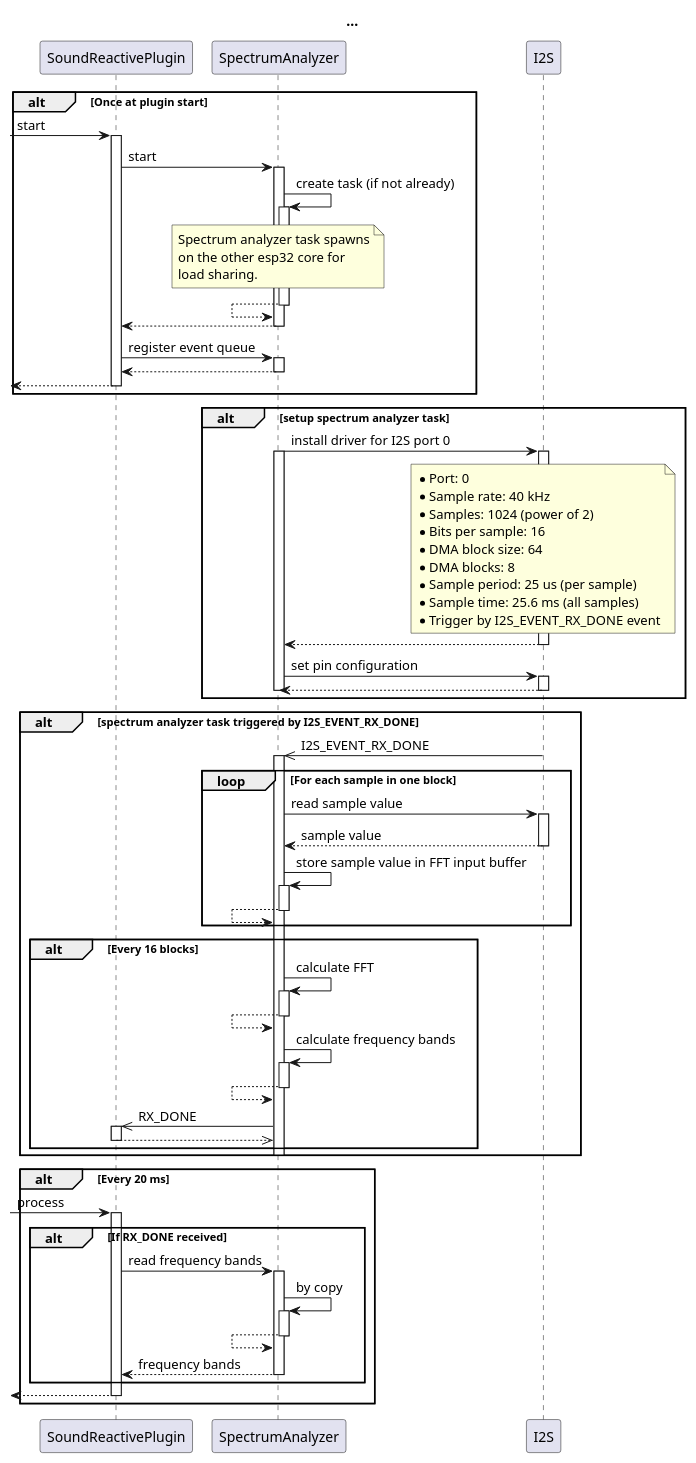
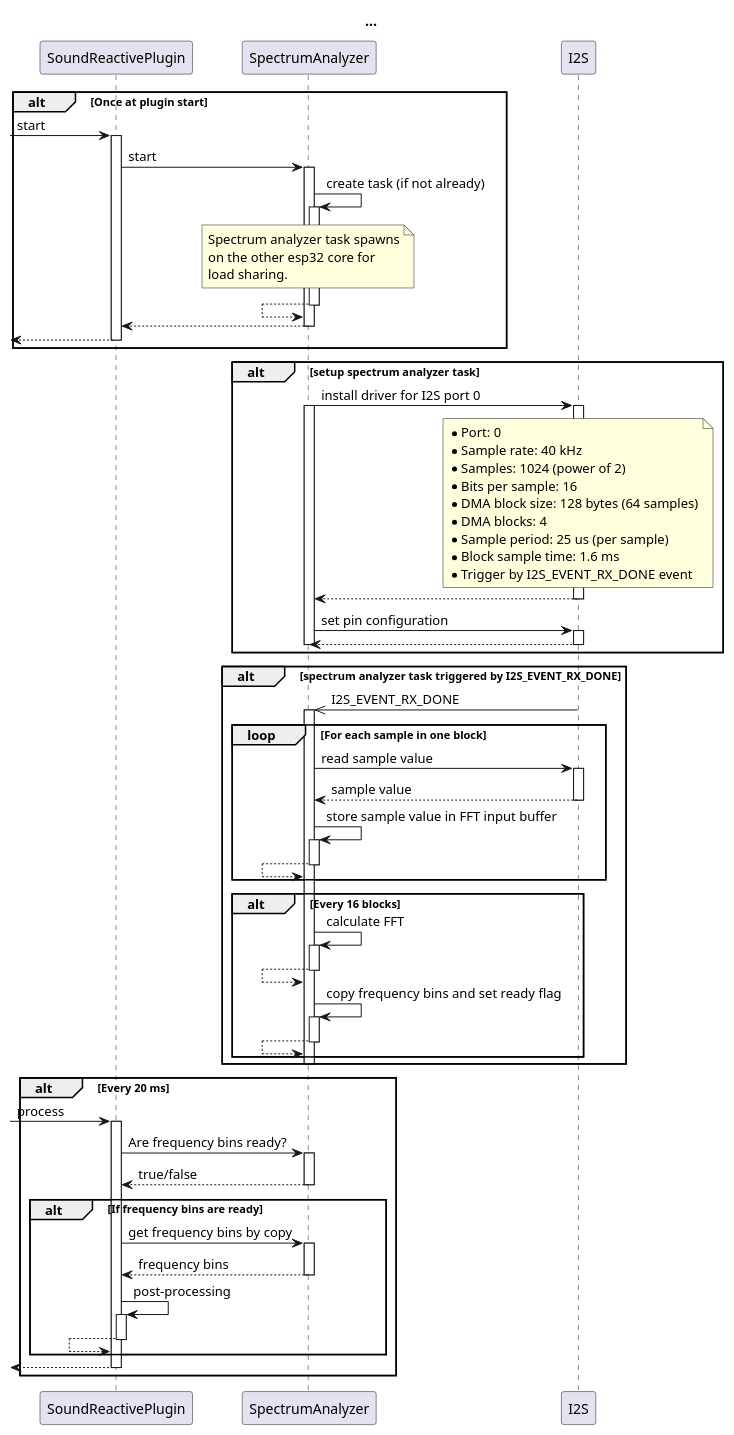
The diagram in doc/design/spectrum-analyzer.plantuml (BlueAndi/Pixelix), drawn with PlantUML before and after one commit. The commit also changed 4 other files, not shown here.

Commit message:
The SoundReactivePlugin updated for the evaluation of the frequency spectrum from the spectrum analyzer. #63

```diff
--- a/doc/design/spectrum-analyzer.plantuml
+++ b/doc/design/spectrum-analyzer.plantuml
@@ -1,104 +1,102 @@
 @startuml
 
 title ...
 
 participant "SoundReactivePlugin" as plugin
 participant "SpectrumAnalyzer" as specAnalyzer
 participant "I2S" as i2s
 
 autoactivate on
 
 alt Once at plugin start
 
 -> plugin: start
 plugin -> specAnalyzer: start
 specAnalyzer -> specAnalyzer: create task (if not already)
 
 note over specAnalyzer
     Spectrum analyzer task spawns
     on the other esp32 core for
     load sharing.
 end note
 
 specAnalyzer <-- specAnalyzer
 plugin <-- specAnalyzer
-plugin -> specAnalyzer: register event queue
-plugin <-- specAnalyzer
 <-- plugin
 
 end alt
 
 alt setup spectrum analyzer task
 
     specAnalyzer -> i2s: install driver for I2S port 0
 
     activate specAnalyzer
 
     note over i2s
         * Port: 0
         * Sample rate: 40 kHz
         * Samples: 1024 (power of 2)
         * Bits per sample: 16
-        * DMA block size: 64
-        * DMA blocks: 8
+        * DMA block size: 128 bytes (64 samples)
+        * DMA blocks: 4
         * Sample period: 25 us (per sample)
-        * Sample time: 25.6 ms (all samples)
+        * Block sample time: 1.6 ms
         * Trigger by I2S_EVENT_RX_DONE event
     end note
 
     specAnalyzer <-- i2s
 
     specAnalyzer -> i2s: set pin configuration
     specAnalyzer <-- i2s
 
     deactivate specAnalyzer
 
 end alt
 
 alt spectrum analyzer task triggered by I2S_EVENT_RX_DONE
 
     specAnalyzer <<- i2s: I2S_EVENT_RX_DONE
 
     loop For each sample in one block
 
         specAnalyzer -> i2s: read sample value
         specAnalyzer <-- i2s: sample value
         specAnalyzer -> specAnalyzer: store sample value in FFT input buffer
         specAnalyzer <-- specAnalyzer
 
     end loop
 
     alt Every 16 blocks
 
         specAnalyzer -> specAnalyzer: calculate FFT
         specAnalyzer <-- specAnalyzer
-        specAnalyzer -> specAnalyzer: calculate frequency bands
+        specAnalyzer -> specAnalyzer: copy frequency bins and set ready flag
         specAnalyzer <-- specAnalyzer
-
-        plugin <<- specAnalyzer: RX_DONE
-        plugin -->> specAnalyzer
 
     end alt
 
     deactivate specAnalyzer
 
 end alt
 
 alt Every 20 ms
 
 -> plugin: process
+plugin -> specAnalyzer: Are frequency bins ready?
+plugin <-- specAnalyzer: true/false
 
-alt If RX_DONE received
+alt If frequency bins are ready
 
-    plugin -> specAnalyzer: read frequency bands
-    specAnalyzer -> specAnalyzer: by copy
-    specAnalyzer <-- specAnalyzer
-    plugin <-- specAnalyzer: frequency bands
+    plugin -> specAnalyzer: get frequency bins by copy
+    plugin <-- specAnalyzer: frequency bins
+
+    plugin -> plugin: post-processing
+    plugin <-- plugin
 
 end alt
 
 <-- plugin
 
 end loop
 
 @enduml
```
